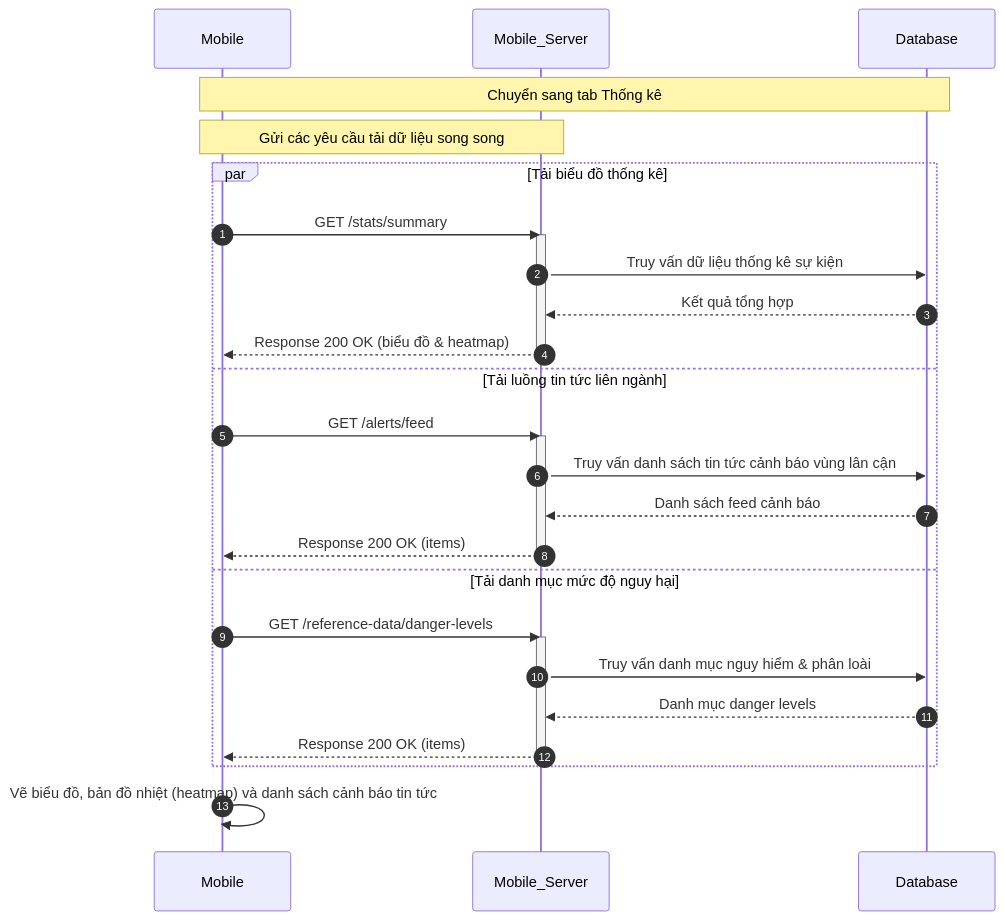
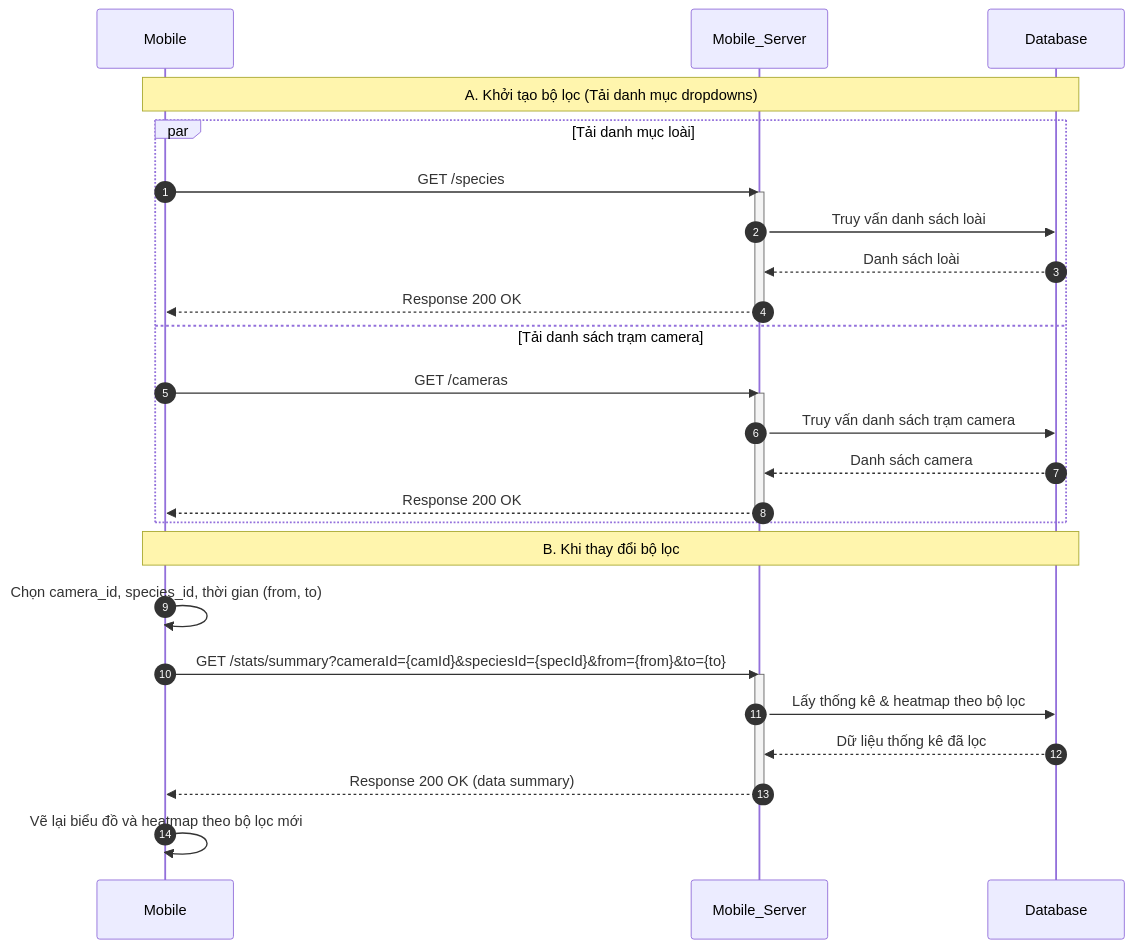
One commit to trungnguyenthien/Wildlife-Warning-and-Deterrence-System changed the sixth of 19 diagrams in docs/04-sequence-diagram.md. Above: the diagram before and after it, drawn with Mermaid. The commit also changed other lines of this file and 1 other file, not shown here.

Commit message:
docs: update database schema documentation and sequence diagrams to reflect current system architecture

````diff
--- a/docs/04-sequence-diagram.md
+++ b/docs/04-sequence-diagram.md
@@ -185,33 +185,34 @@
 ```mermaid
 sequenceDiagram
     autonumber
     participant Mobile as Mobile
     participant Mobile_Server as Mobile_Server
     participant Database as Database
 
-    Note over Mobile, Database: Chuyển sang tab Thống kê
-    Note over Mobile, Mobile_Server: Gửi các yêu cầu tải dữ liệu song song
-    par Tải biểu đồ thống kê
-        Mobile->>Mobile_Server: GET /stats/summary
+    Note over Mobile, Database: A. Khởi tạo bộ lọc (Tải danh mục dropdowns)
+    par Tải danh mục loài
+        Mobile->>Mobile_Server: GET /species
         activate Mobile_Server
-        Mobile_Server->>Database: Truy vấn dữ liệu thống kê sự kiện
-        Database-->>Mobile_Server: Kết quả tổng hợp
-        Mobile_Server-->>Mobile: Response 200 OK (biểu đồ & heatmap)
+        Mobile_Server->>Database: Truy vấn danh sách loài
+        Database-->>Mobile_Server: Danh sách loài
+        Mobile_Server-->>Mobile: Response 200 OK
         deactivate Mobile_Server
-    and Tải luồng tin tức liên ngành
-        Mobile->>Mobile_Server: GET /alerts/feed
+    and Tải danh sách trạm camera
+        Mobile->>Mobile_Server: GET /cameras
         activate Mobile_Server
-        Mobile_Server->>Database: Truy vấn danh sách tin tức cảnh báo vùng lân cận
-        Database-->>Mobile_Server: Danh sách feed cảnh báo
-        Mobile_Server-->>Mobile: Response 200 OK (items)
-        deactivate Mobile_Server
-    and Tải danh mục mức độ nguy hại
-        Mobile->>Mobile_Server: GET /reference-data/danger-levels
-        activate Mobile_Server
-        Mobile_Server->>Database: Truy vấn danh mục nguy hiểm & phân loài
-        Database-->>Mobile_Server: Danh mục danger levels
-        Mobile_Server-->>Mobile: Response 200 OK (items)
+        Mobile_Server->>Database: Truy vấn danh sách trạm camera
+        Database-->>Mobile_Server: Danh sách camera
+        Mobile_Server-->>Mobile: Response 200 OK
         deactivate Mobile_Server
     end
-    Mobile->>Mobile: Vẽ biểu đồ, bản đồ nhiệt (heatmap) và danh sách cảnh báo tin tức
+
+    Note over Mobile, Database: B. Khi thay đổi bộ lọc
+    Mobile->>Mobile: Chọn camera_id, species_id, thời gian (from, to)
+    Mobile->>Mobile_Server: GET /stats/summary?cameraId={camId}&speciesId={specId}&from={from}&to={to}
+    activate Mobile_Server
+    Mobile_Server->>Database: Lấy thống kê & heatmap theo bộ lọc
+    Database-->>Mobile_Server: Dữ liệu thống kê đã lọc
+    Mobile_Server-->>Mobile: Response 200 OK (data summary)
+    deactivate Mobile_Server
+    Mobile->>Mobile: Vẽ lại biểu đồ và heatmap theo bộ lọc mới
 ```
````
